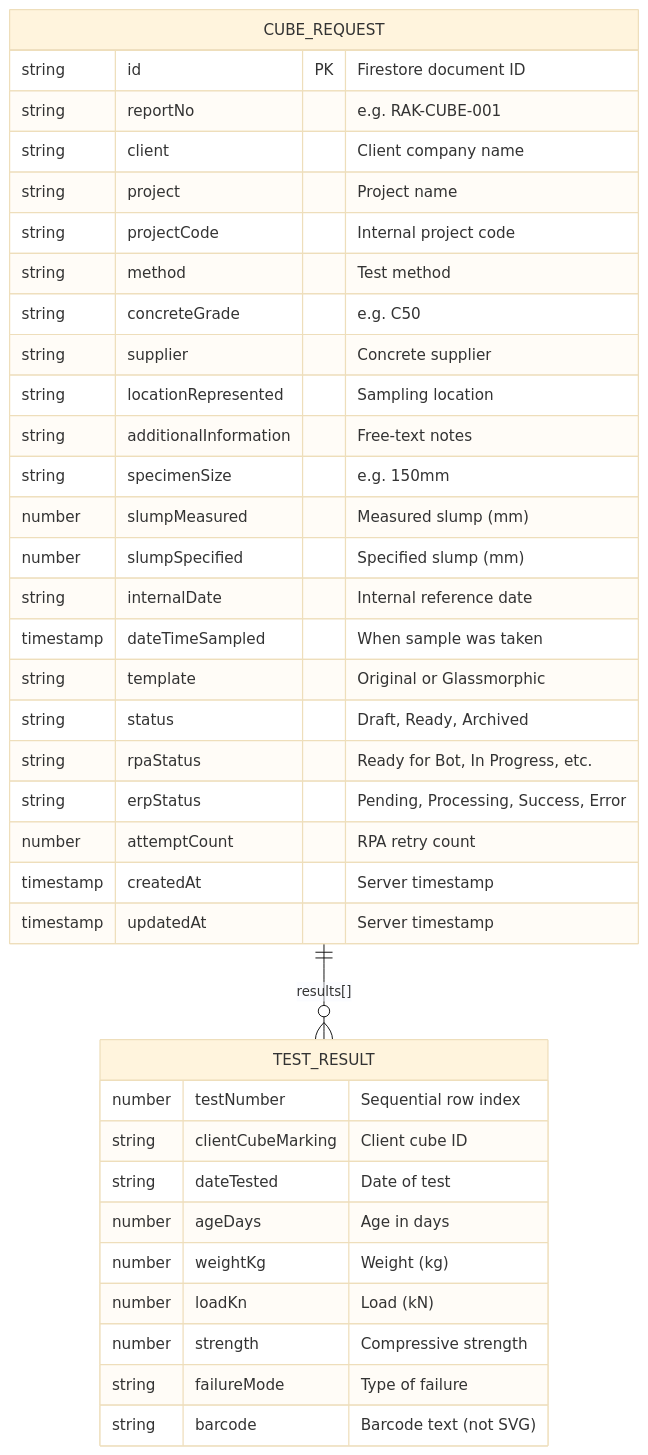
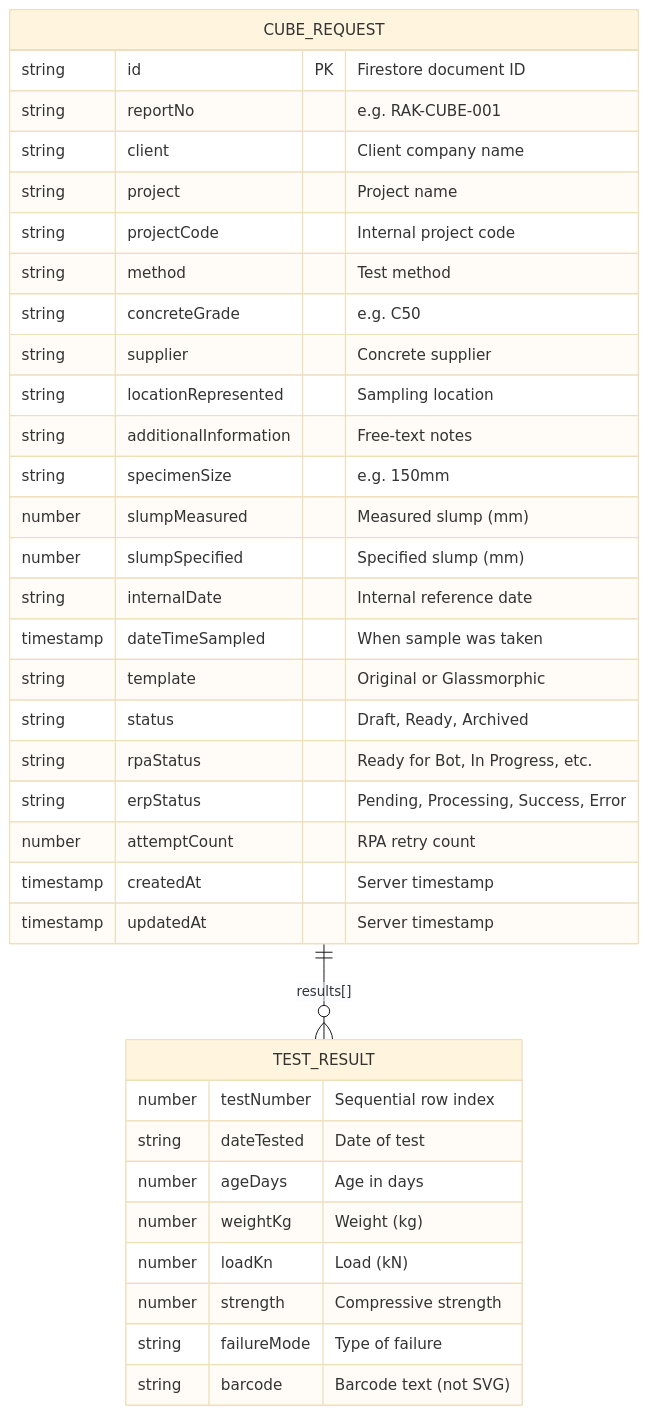
The ninth of 11 diagrams in architecture.md (Yanguangchen/CubeSync), drawn with Mermaid (base theme) before and after one commit. The commit also changed 30 other files, not shown here.

````diff
--- a/architecture.md
+++ b/architecture.md
@@ -460,41 +460,41 @@
 ```mermaid
 erDiagram
     CUBE_REQUEST {
         string id PK "Firestore document ID"
         string reportNo "e.g. RAK-CUBE-001"
         string client "Client company name"
         string project "Project name"
         string projectCode "Internal project code"
         string method "Test method"
         string concreteGrade "e.g. C50"
         string supplier "Concrete supplier"
         string locationRepresented "Sampling location"
         string additionalInformation "Free-text notes"
         string specimenSize "e.g. 150mm"
         number slumpMeasured "Measured slump (mm)"
         number slumpSpecified "Specified slump (mm)"
         string internalDate "Internal reference date"
         timestamp dateTimeSampled "When sample was taken"
         string template "Original or Glassmorphic"
         string status "Draft, Ready, Archived"
         string rpaStatus "Ready for Bot, In Progress, etc."
         string erpStatus "Pending, Processing, Success, Error"
         number attemptCount "RPA retry count"
         timestamp createdAt "Server timestamp"
         timestamp updatedAt "Server timestamp"
     }
 
     TEST_RESULT {
         number testNumber "Sequential row index"
-        string clientCubeMarking "Client cube ID"
+
         string dateTested "Date of test"
         number ageDays "Age in days"
         number weightKg "Weight (kg)"
         number loadKn "Load (kN)"
         number strength "Compressive strength"
         string failureMode "Type of failure"
         string barcode "Barcode text (not SVG)"
     }
 
     CUBE_REQUEST ||--o{ TEST_RESULT : "results[]"
 ```
````
